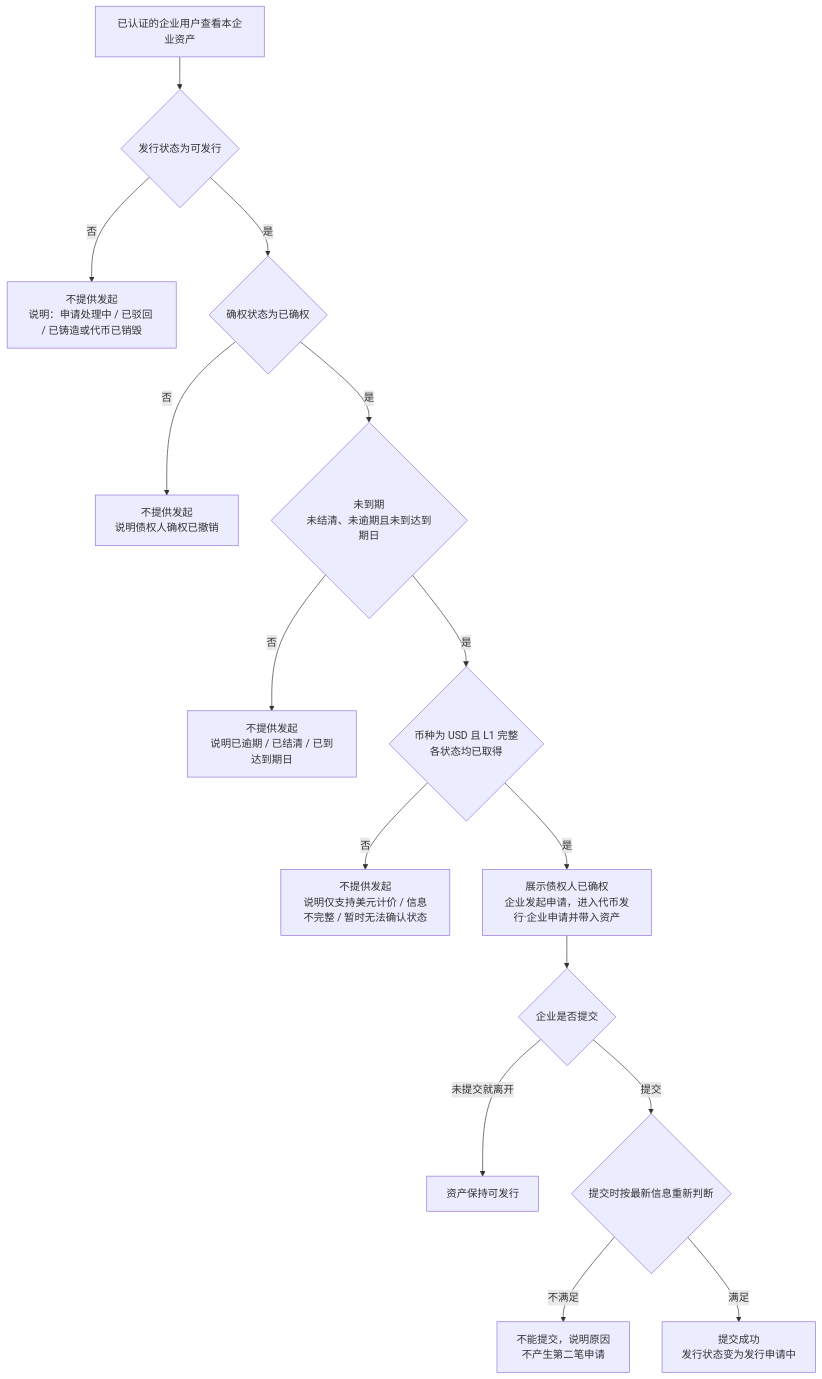
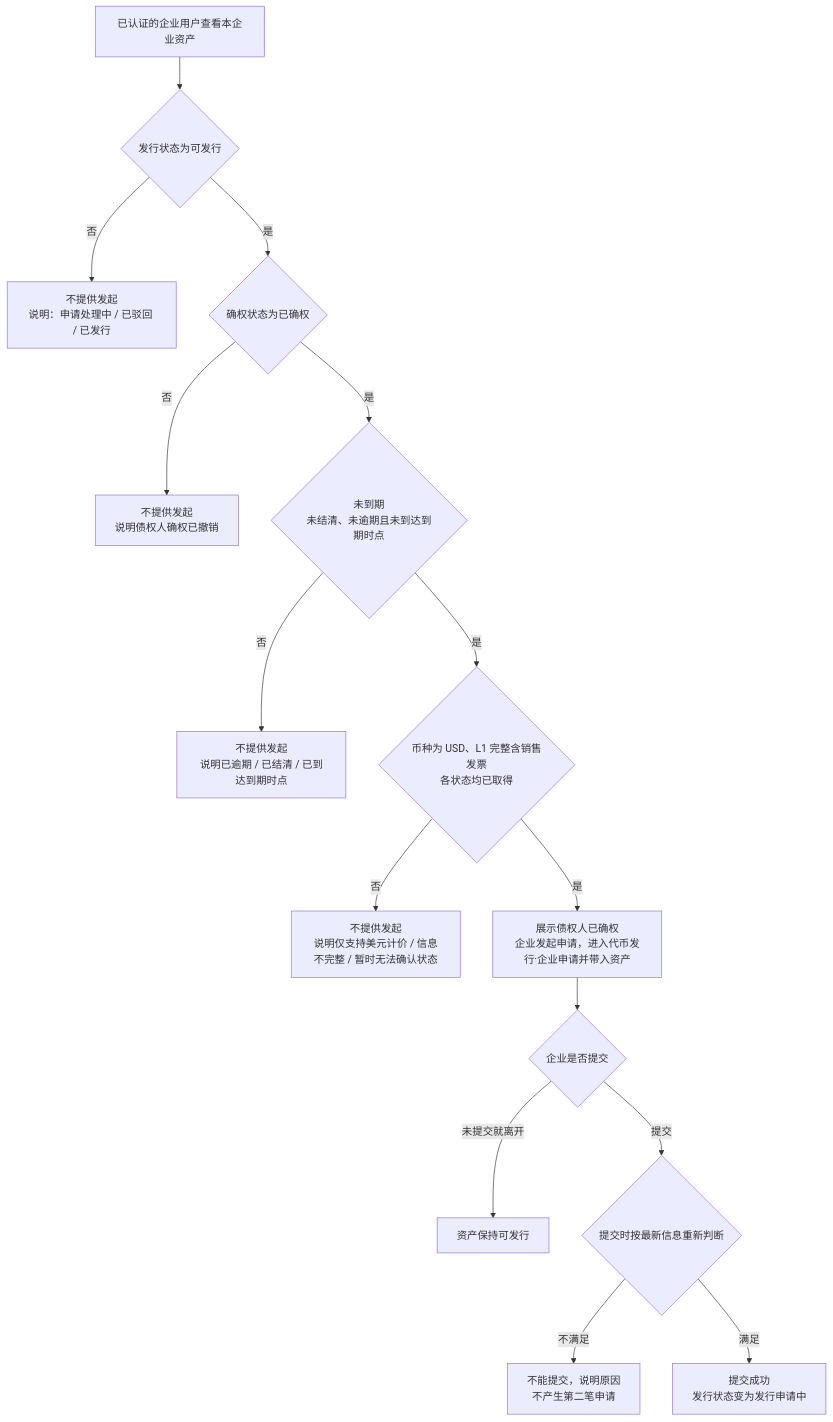
The sixth of 7 diagrams in token-issuance-platform/PRD/v1.0-可信资产-流程图与状态机.md (wxblockchain/Chain-Financing), drawn with Mermaid before and after one commit. The commit also changed other lines of this file and 2 other files, not shown here.

````diff
--- a/token-issuance-platform/PRD/v1.0-可信资产-流程图与状态机.md
+++ b/token-issuance-platform/PRD/v1.0-可信资产-流程图与状态机.md
@@ -115,17 +90,17 @@
 ```mermaid
 flowchart TD
     A[已认证的企业用户查看本企业资产] --> B{发行状态为可发行}
-    B -->|否| X[不提供发起<br/>说明：申请处理中 / 已驳回 / 已铸造或代币已销毁]
+    B -->|否| X[不提供发起<br/>说明：申请处理中 / 已驳回 / 已发行]
     B -->|是| C{确权状态为已确权}
     C -->|否| Y[不提供发起<br/>说明债权人确权已撤销]
-    C -->|是| D{未到期<br/>未结清、未逾期且未到达到期日}
-    D -->|否| Z[不提供发起<br/>说明已逾期 / 已结清 / 已到达到期日]
-    D -->|是| E{币种为 USD 且 L1 完整<br/>各状态均已取得}
+    C -->|是| D{未到期<br/>未结清、未逾期且未到达到期时点}
+    D -->|否| Z[不提供发起<br/>说明已逾期 / 已结清 / 已到达到期时点]
+    D -->|是| E{币种为 USD、L1 完整含销售发票<br/>各状态均已取得}
     E -->|否| W[不提供发起<br/>说明仅支持美元计价 / 信息不完整 / 暂时无法确认状态]
     E -->|是| F[展示债权人已确权<br/>企业发起申请，进入代币发行·企业申请并带入资产]
     F --> G{企业是否提交}
     G -->|未提交就离开| H[资产保持可发行]
     G -->|提交| I{提交时按最新信息重新判断}
     I -->|不满足| J[不能提交，说明原因<br/>不产生第二笔申请]
     I -->|满足| K[提交成功<br/>发行状态变为发行申请中]
 ```
````
